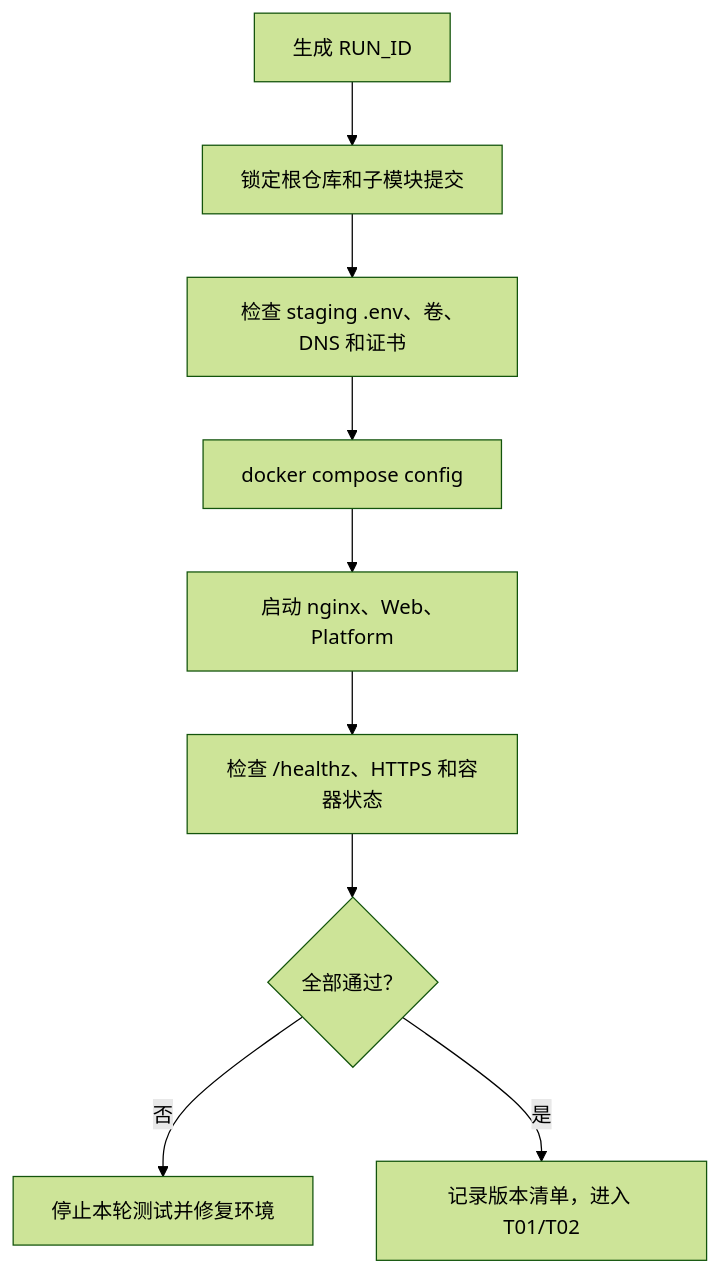
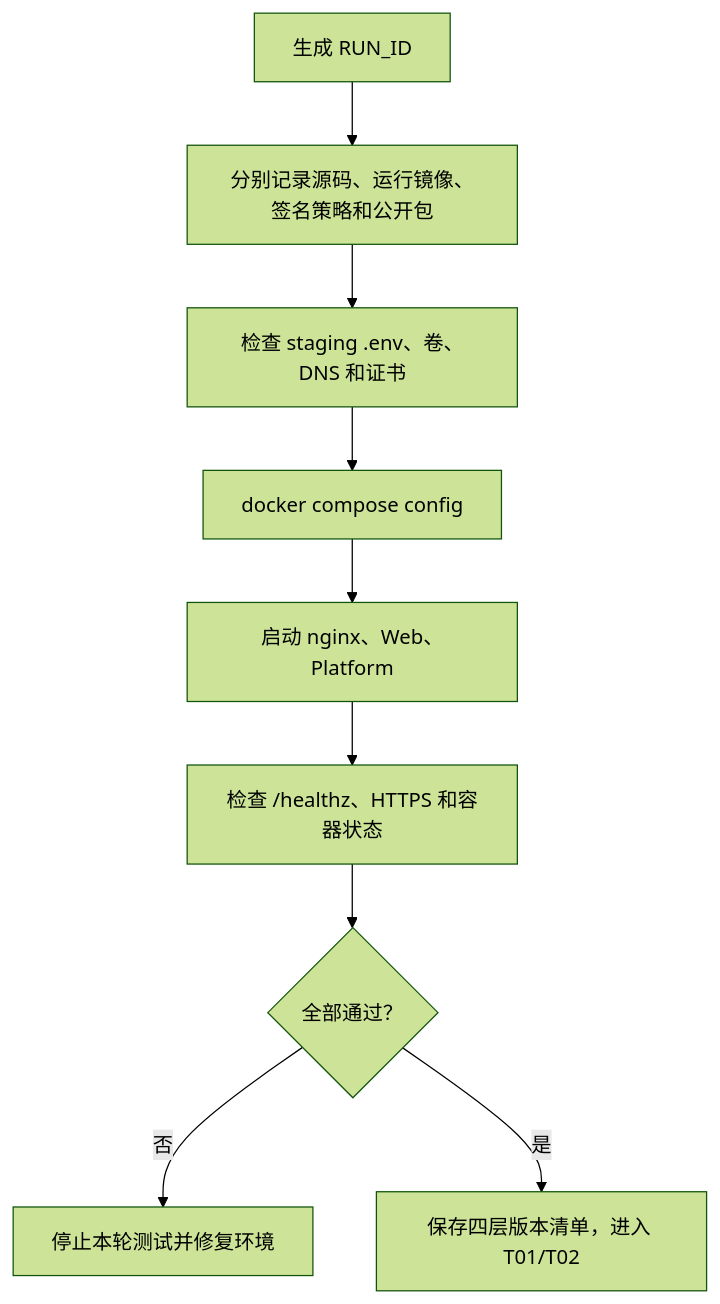
The first of 30 diagrams in docs/testing/TEST_EXECUTION_GUIDE.md (BillShiyaoZhang/agent-collaboration-deploy), drawn with Mermaid (forest theme) before and after one commit. The commit also changed other lines of this file and 11 other files, not shown here.

```diff
--- a/docs/testing/TEST_EXECUTION_GUIDE.md
+++ b/docs/testing/TEST_EXECUTION_GUIDE.md
@@ -131,11 +133,11 @@
 ~~~mermaid
 flowchart TD
-    A["生成 RUN_ID"] --> B["锁定根仓库和子模块提交"]
+    A["生成 RUN_ID"] --> B["分别记录源码、运行镜像、签名策略和公开包"]
     B --> C["检查 staging .env、卷、DNS 和证书"]
     C --> D["docker compose config"]
     D --> E["启动 nginx、Web、Platform"]
     E --> F["检查 /healthz、HTTPS 和容器状态"]
     F --> G{"全部通过？"}
     G -- "否" --> H["停止本轮测试并修复环境"]
-    G -- "是" --> I["记录版本清单，进入 T01/T02"]
+    G -- "是" --> I["保存四层版本清单，进入 T01/T02"]
 ~~~
```
